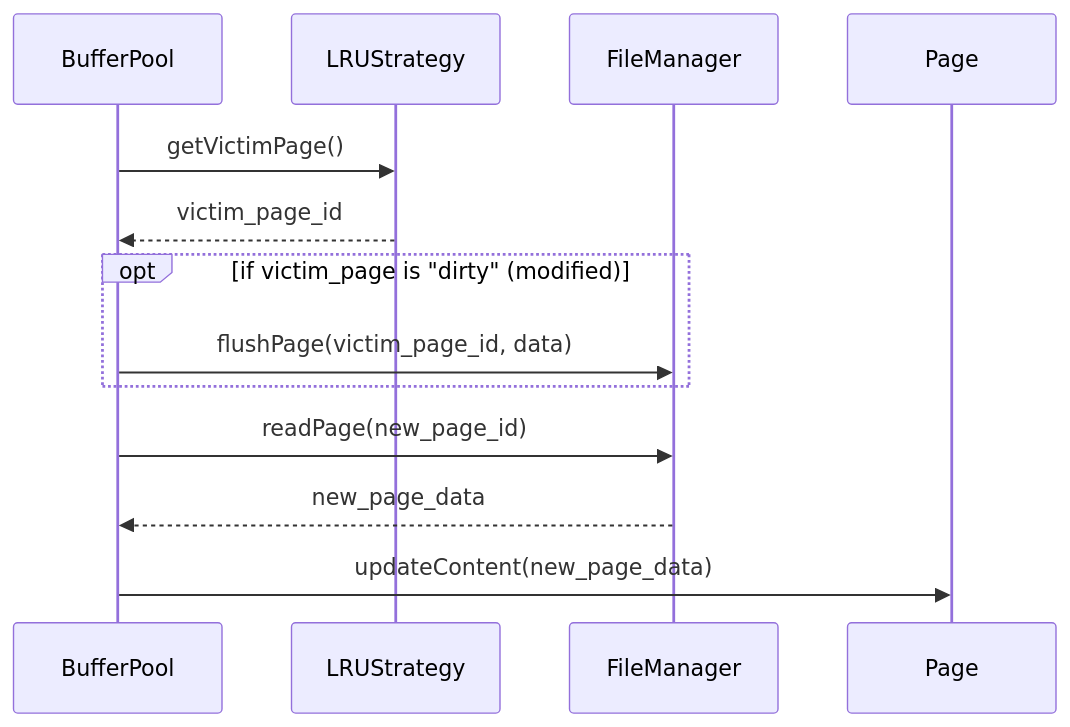
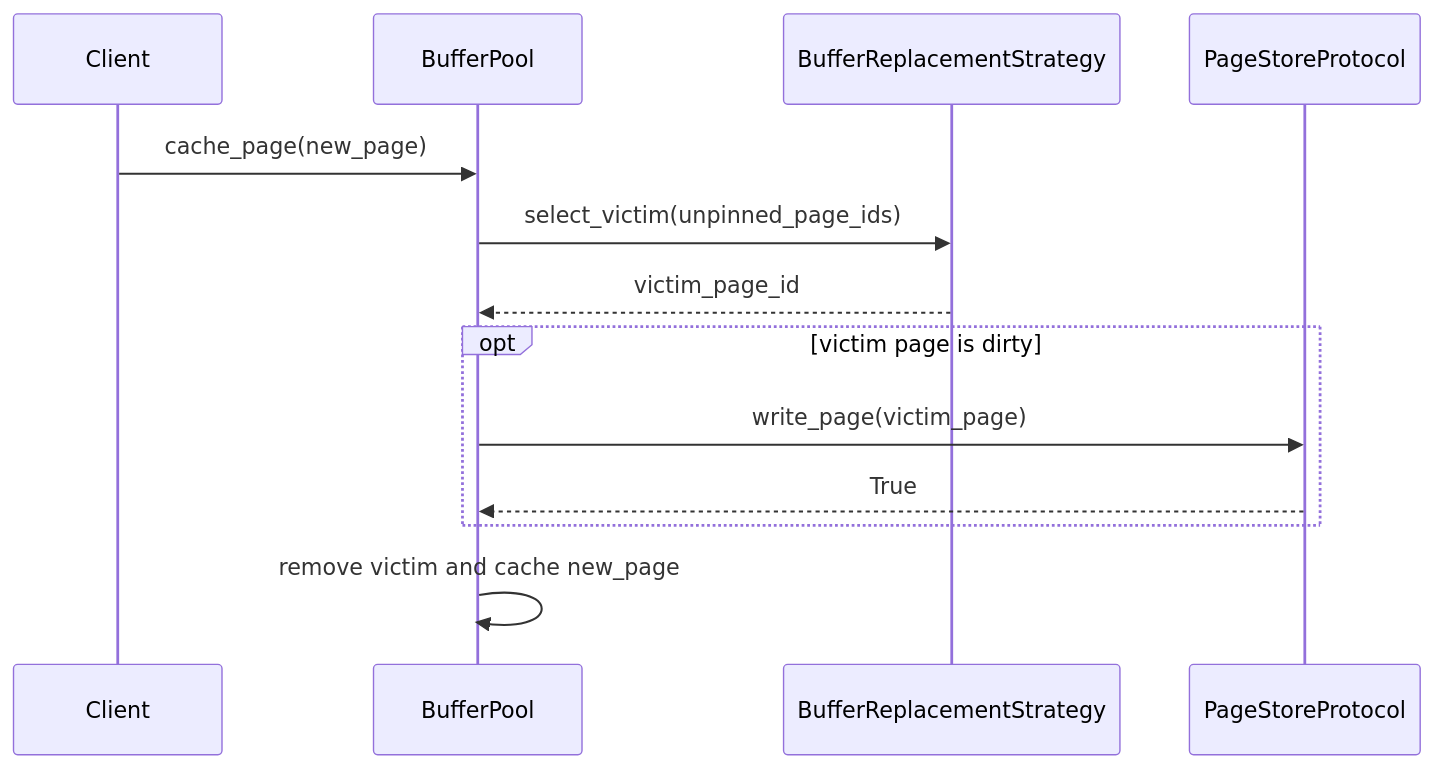
The eighth of 21 diagrams in README.md (taitran501/DBMS), drawn with Mermaid before and after one commit. The commit also changed other lines of this file and 2 other files, not shown here.

Commit message:
docs(storage_engine): add Proxy and Strategy pattern diagrams

````diff
--- a/README.md
+++ b/README.md
@@ -1006,16 +1008,16 @@
 ```mermaid
 sequenceDiagram
+    participant Client
     participant BufferPool
-    participant LRUStrategy
-    participant FileManager
-    participant Page
+    participant Strategy as BufferReplacementStrategy
+    participant Store as PageStoreProtocol
 
-    BufferPool->>LRUStrategy: getVictimPage()
-    LRUStrategy-->>BufferPool: victim_page_id
-    opt if victim_page is "dirty" (modified)
-        BufferPool->>FileManager: flushPage(victim_page_id, data)
+    Client->>BufferPool: cache_page(new_page)
+    BufferPool->>Strategy: select_victim(unpinned_page_ids)
+    Strategy-->>BufferPool: victim_page_id
+    opt victim page is dirty
+        BufferPool->>Store: write_page(victim_page)
+        Store-->>BufferPool: True
     end
-    BufferPool->>FileManager: readPage(new_page_id)
-    FileManager-->>BufferPool: new_page_data
-    BufferPool->>Page: updateContent(new_page_data)
+    BufferPool->>BufferPool: remove victim and cache new_page
 ```
````
